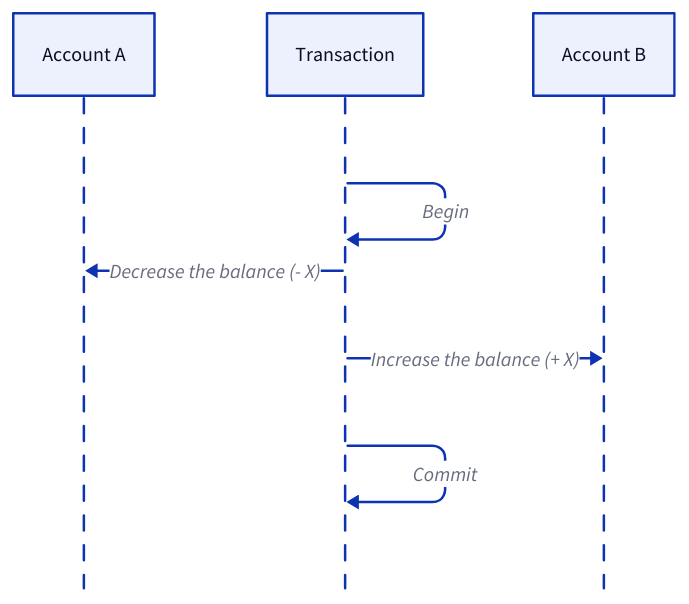
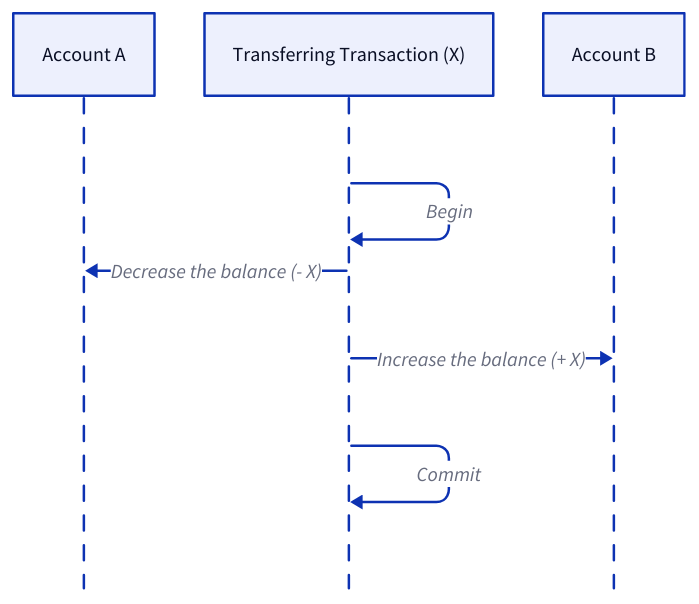
The second of 23 diagrams in content/data-persistence/sql-database/concurrency-control.md (link1905/system-design-101), drawn with D2 before and after one commit. The commit also changed other lines of this file and 13 other files, not shown here.

````diff
--- a/content/data-persistence/sql-database/concurrency-control.md
+++ b/content/data-persistence/sql-database/concurrency-control.md
@@ -94,12 +94,12 @@
 ```d2
 shape: sequence_diagram
 a: Account A
-t: Transaction
+t: Transferring Transaction (X)
 b: Account B
 t -> t: Begin
 t -> a: Decrease the balance (- X)
 t -> b: Increase the balance (+ X)
 t -> t: Commit {
     style.bold
 }
 ```
````
